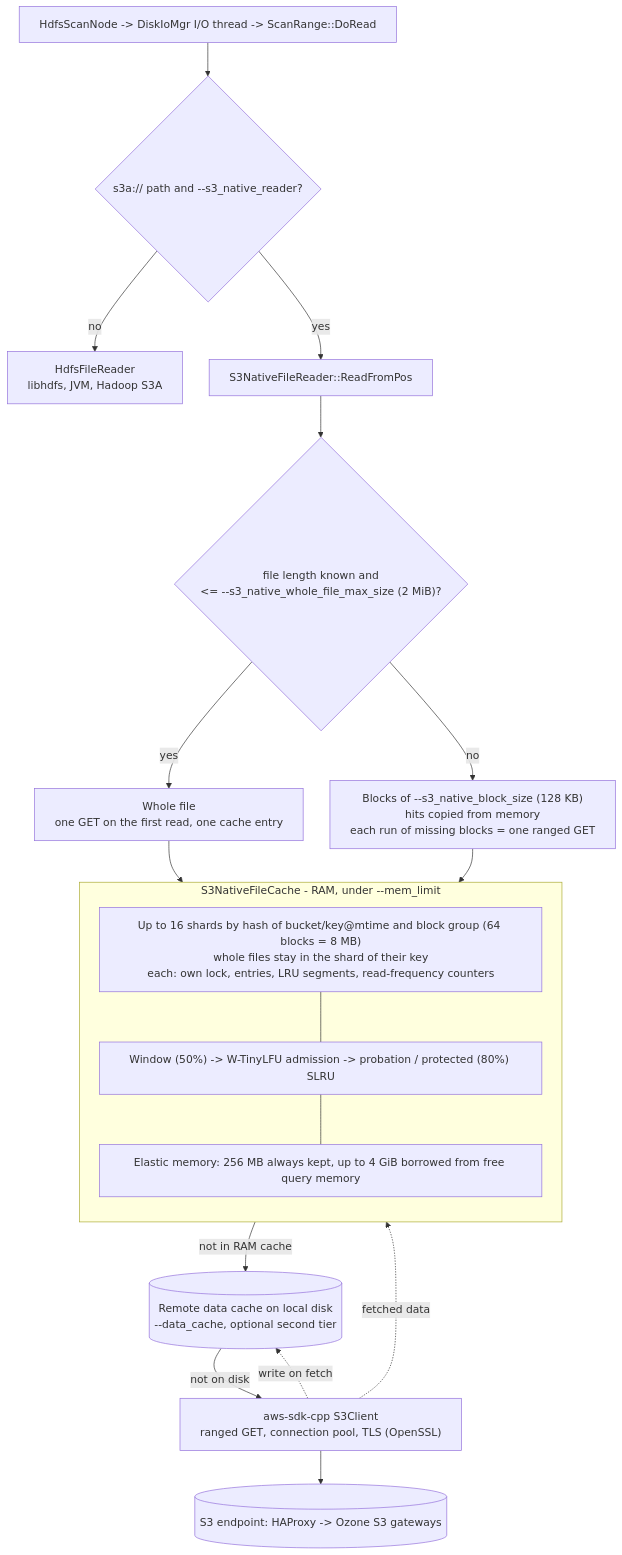
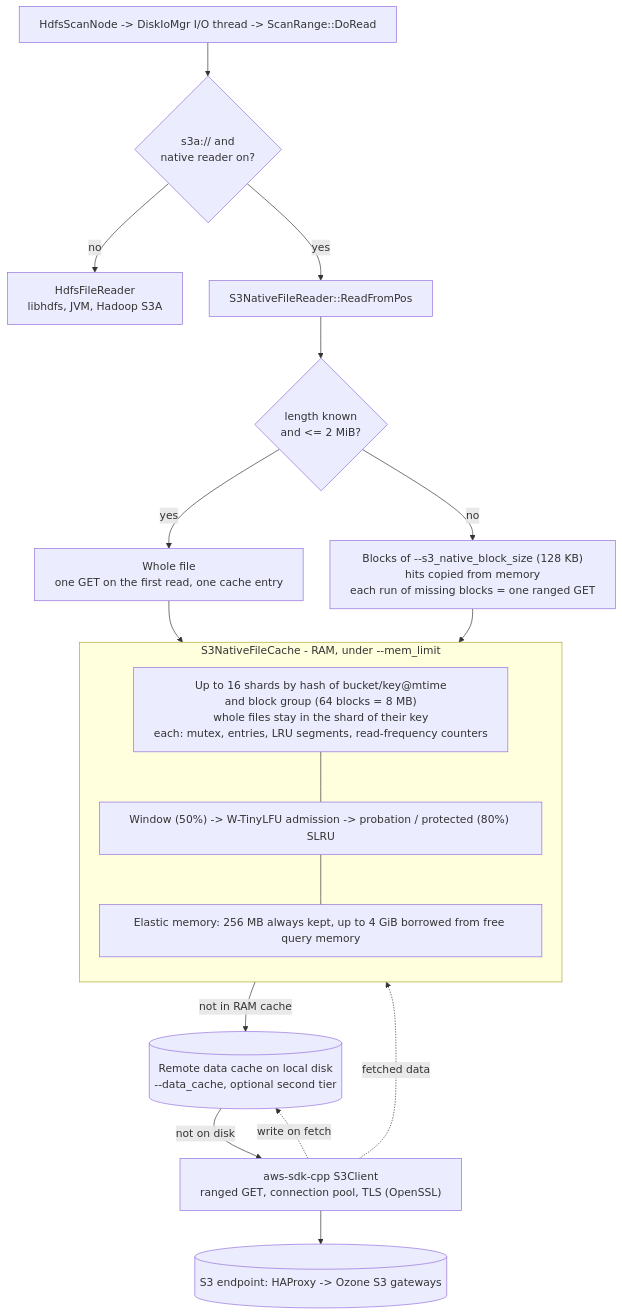
One commit to arenadata/impala changed the diagram in docs/s3_native/native_s3_reader_architecture.mmd. Above: the diagram before and after it, drawn with Mermaid.

Commit message:
ADH-9244: update native S3 reader diagram

```diff
--- a/docs/s3_native/native_s3_reader_architecture.mmd
+++ b/docs/s3_native/native_s3_reader_architecture.mmd
@@ -1,35 +1,35 @@
 %%{init: {"flowchart": {"htmlLabels": true, "wrappingWidth": 600, "nodeSpacing": 40, "rankSpacing": 50}}}%%
 flowchart TD
     scan["HdfsScanNode -> DiskIoMgr I/O thread -> ScanRange::DoRead"]
-    sel{"s3a:// path and --s3_native_reader?"}
+    sel{"s3a:// and<br/>native reader on?"}
     hdfs["HdfsFileReader<br/>libhdfs, JVM, Hadoop S3A"]
     reader["S3NativeFileReader::ReadFromPos"]
-    size{"file length known and<br/>&lt;= --s3_native_whole_file_max_size (2 MiB)?"}
+    size{"length known<br/>and &lt;= 2 MiB?"}
     whole["Whole file<br/>one GET on the first read, one cache entry"]
     blocks["Blocks of --s3_native_block_size (128 KB)<br/>hits copied from memory<br/>each run of missing blocks = one ranged GET"]
 
     subgraph ram["S3NativeFileCache - RAM, under --mem_limit"]
         direction TB
-        shards["Up to 16 shards by hash of bucket/key@mtime and block group (64 blocks = 8 MB)<br/>whole files stay in the shard of their key<br/>each: own lock, entries, LRU segments, read-frequency counters"]
+        shards["Up to 16 shards by hash of bucket/key@mtime<br/>and block group (64 blocks = 8 MB)<br/>whole files stay in the shard of their key<br/>each: mutex, entries, LRU segments, read-frequency counters"]
         segs["Window (50%) -> W-TinyLFU admission -> probation / protected (80%) SLRU"]
         mem["Elastic memory: 256 MB always kept, up to 4 GiB borrowed from free query memory"]
         shards --- segs --- mem
     end
 
     disk[("Remote data cache on local disk<br/>--data_cache, optional second tier")]
     s3["aws-sdk-cpp S3Client<br/>ranged GET, connection pool, TLS (OpenSSL)"]
     ozone[("S3 endpoint: HAProxy -> Ozone S3 gateways")]
 
     scan --> sel
     sel -- no --> hdfs
     sel -- yes --> reader
     reader --> size
     size -- yes --> whole
     size -- no --> blocks
     whole --> ram
     blocks --> ram
     ram -- "not in RAM cache" --> disk
     disk -- "not on disk" --> s3
     s3 --> ozone
     s3 -. "fetched data" .-> ram
     s3 -. "write on fetch" .-> disk
```
